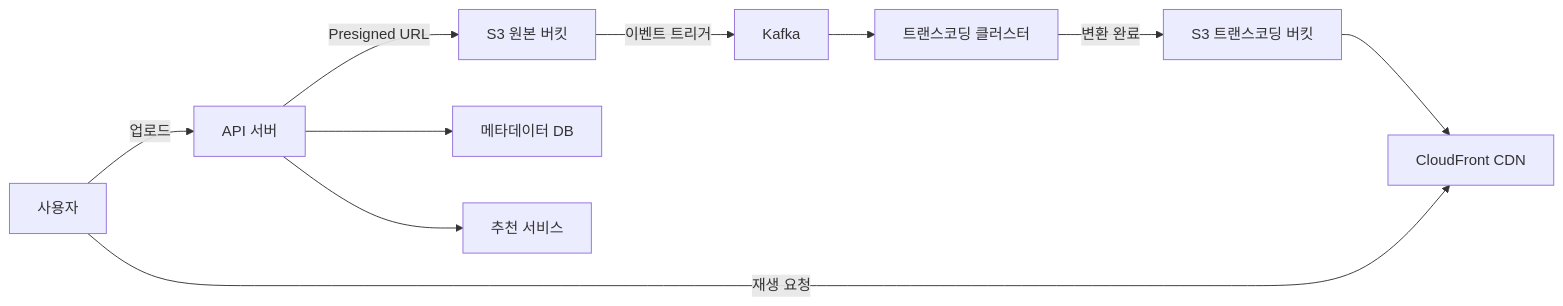
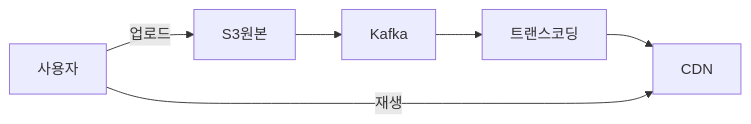
One commit to yjkim2015/yjkim2015.github.io changed the first of 12 diagrams in _posts/systemdesign/2026-05-03-system-design-video-streaming.md. Above: the diagram before and after it, drawn with Mermaid. The commit also changed other lines of this file and 163 other files, not shown here.

First line of the commit message:
Mermaid 300개 블록 내용 축소: 5노드 5엣지 이하, 의미 있는 약어

````diff
--- a/_posts/systemdesign/2026-05-03-system-design-video-streaming.md
+++ b/_posts/systemdesign/2026-05-03-system-design-video-streaming.md
@@ -140,12 +140,8 @@
 ```mermaid
-flowchart LR
-    U[사용자] -->|업로드| AS[API 서버]
-    AS -->|Presigned URL| S3O[S3 원본 버킷]
-    S3O -->|이벤트 트리거| MQ[Kafka]
-    MQ --> TC[트랜스코딩 클러스터]
-    TC -->|변환 완료| S3T[S3 트랜스코딩 버킷]
-    S3T --> CDN[CloudFront CDN]
-    U -->|재생 요청| CDN
-    AS --> MD[메타데이터 DB]
-    AS --> REC[추천 서비스]
+graph LR
+    A[사용자] -->|업로드| B[S3원본]
+    B --> C[Kafka]
+    C --> D[트랜스코딩]
+    D --> E[CDN]
+    A -->|재생| E
 ```
````
